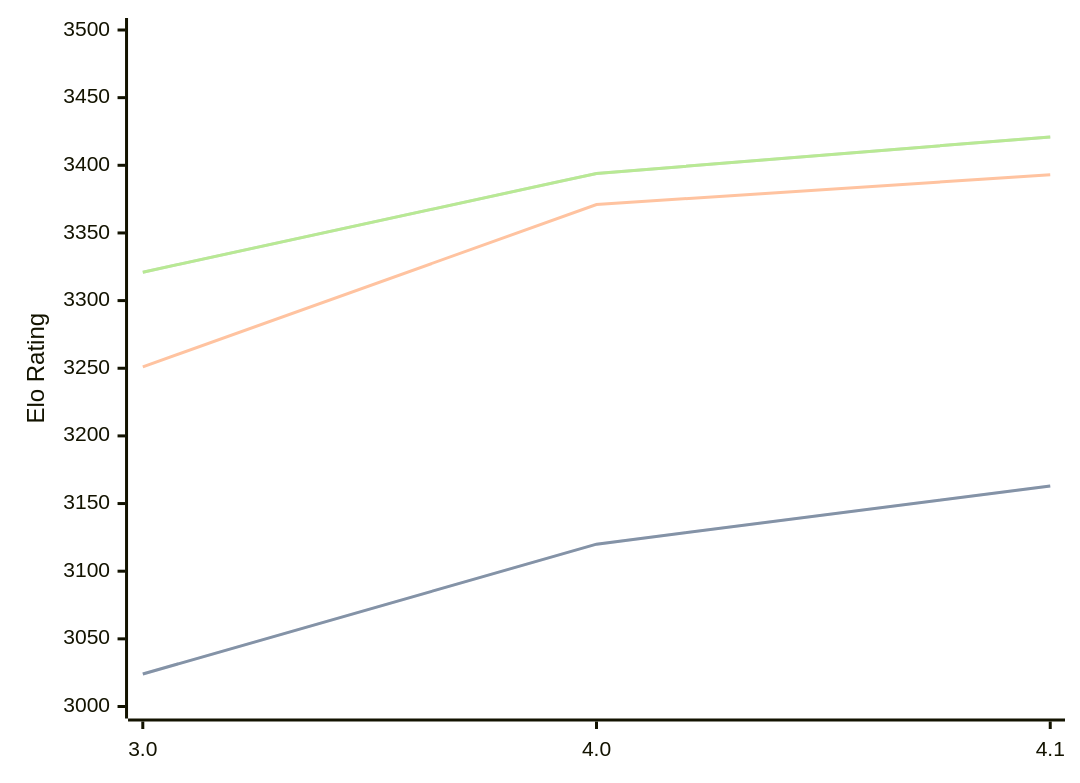
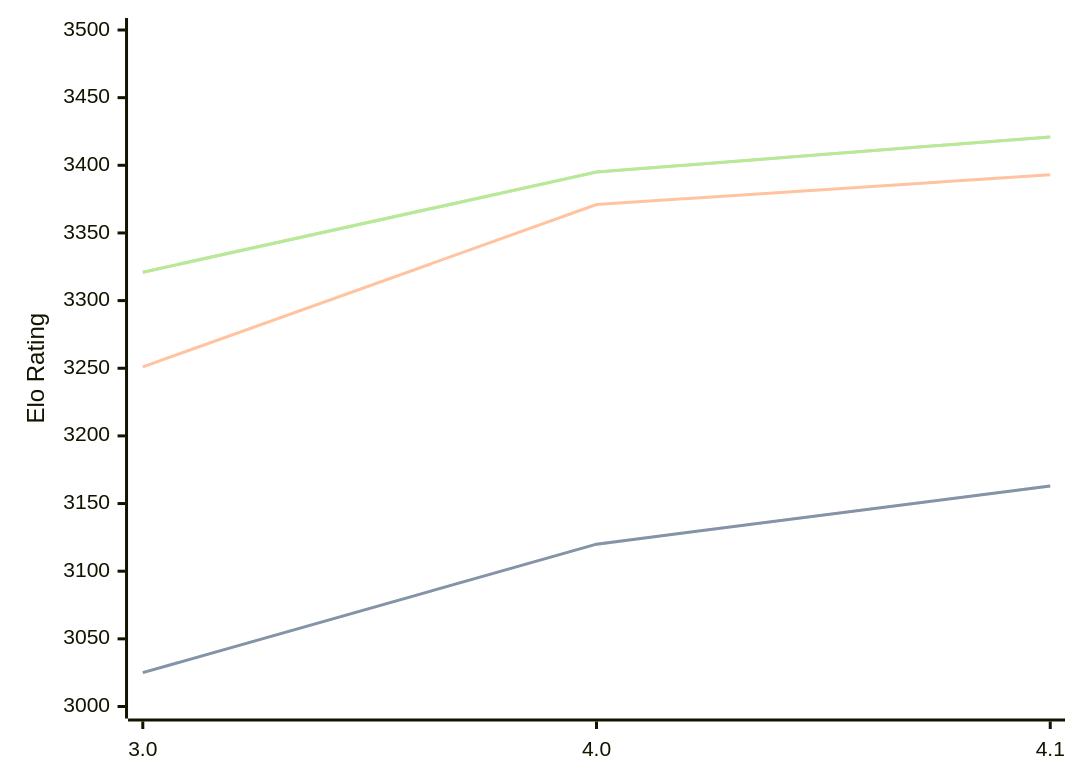
Before and after one commit to computer-chess-index/cci: the diagram in engines/Eleanor.md, drawn with Mermaid. The commit also changed other lines of this file, not shown here.

Commit message:
Update CCI Ratings (ELO VLTC) - 2026-08-24

````diff
--- a/engines/Eleanor.md
+++ b/engines/Eleanor.md
@@ -33,11 +33,11 @@
 ```mermaid
 %%{init: {"theme":"base","themeVariables":{"seriesColors:['#a3a3a3','#222221','#faa371']}}}%%
 xychart-beta
   x-axis ["3.0", "4.0", "4.1"]
   y-axis "Elo Rating" 3000 --> 3500
-  line "STC (8.0+0.08s)" [3024, 3120, 3163]
-  line "STC (8.0+0.08s)" [3024, 3120, 3163]
+  line "STC (8.0+0.08s)" [3025, 3120, 3163]
+  line "STC (8.0+0.08s)" [3025, 3120, 3163]
   line "LTC (60.0+0.60s)" [3251, 3371, 3393]
-  line "VLTC (2m24s+1.12s)" [3321, 3394, 3421]
-  line "VLTC (2m24s+1.12s)" [3321, 3394, 3421]
+  line "VLTC (2m24s+1.12s)" [3321, 3395, 3421]
+  line "VLTC (2m24s+1.12s)" [3321, 3395, 3421]
 ```
````
